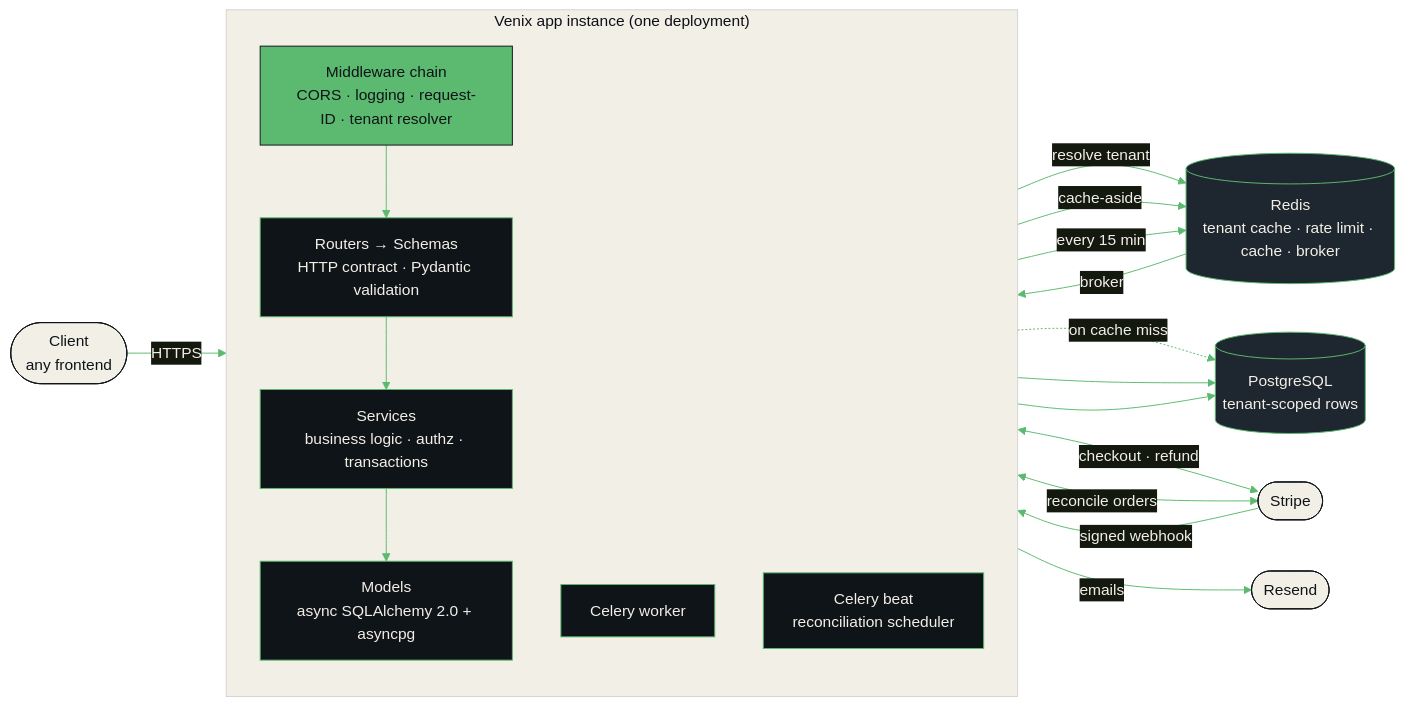
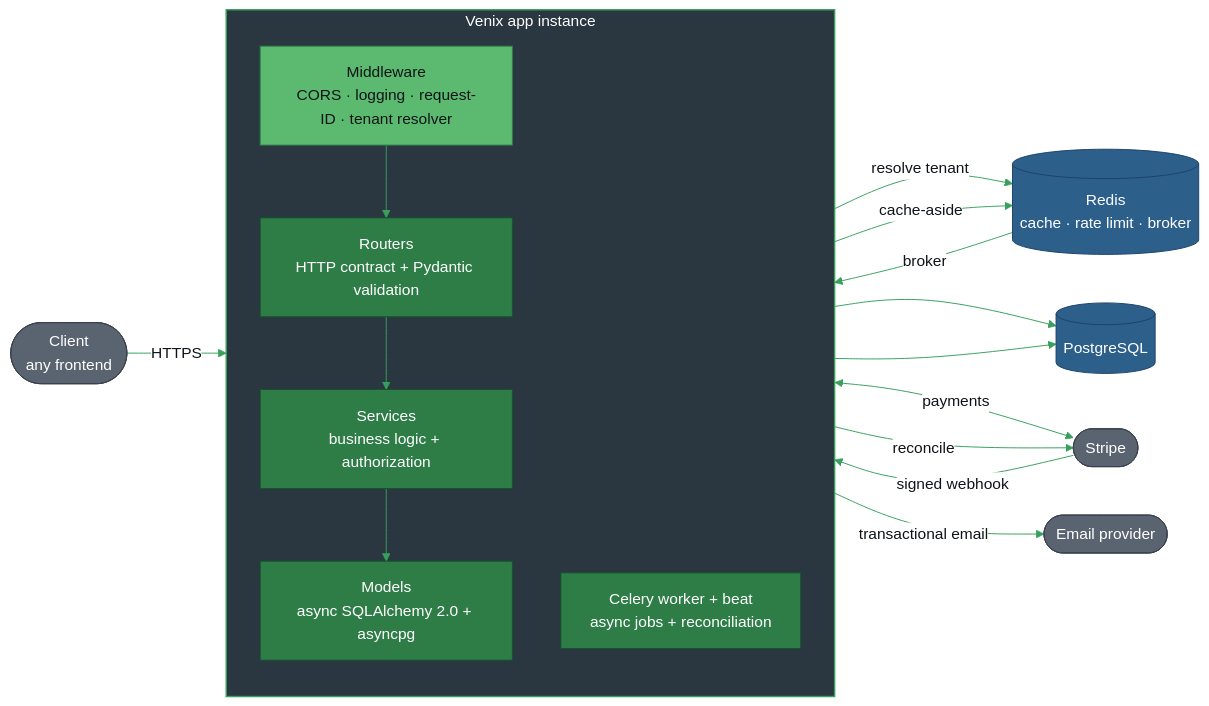
Before and after one commit to venixhq/venix: the third of 7 diagrams in README.md, drawn with Mermaid. The commit also changed other lines of this file, not shown here.

````diff
--- a/README.md
+++ b/README.md
@@ -150,38 +151,36 @@
 ```mermaid
-%%{init: {'theme':'base','themeVariables':{'primaryColor':'#0F1419','primaryTextColor':'#F2EFE6','primaryBorderColor':'#5BBA6F','lineColor':'#5BBA6F','tertiaryColor':'#F2EFE6','fontFamily':'ui-sans-serif, system-ui, sans-serif'}}}%%
+%%{init: {'theme':'base','themeVariables':{'primaryColor':'#5BBA6F','primaryTextColor':'#0F1419','primaryBorderColor':'#2E7D46','lineColor':'#37A05C','textColor':'#24292F','edgeLabelBackground':'#FFFFFF','fontFamily':'ui-sans-serif, system-ui, sans-serif'}}}%%
 flowchart LR
     Client(["Client<br/>any frontend"]):::ext
 
-    subgraph APP[" Venix app instance (one deployment) "]
+    subgraph APP[" Venix app instance "]
         direction TB
-        MW["Middleware chain<br/>CORS · logging · request-ID · tenant resolver"]:::accent
-        Router["Routers → Schemas<br/>HTTP contract · Pydantic validation"]:::core
-        Service["Services<br/>business logic · authz · transactions"]:::core
+        MW["Middleware<br/>CORS · logging · request-ID · tenant resolver"]:::accent
+        Router["Routers<br/>HTTP contract + Pydantic validation"]:::core
+        Service["Services<br/>business logic + authorization"]:::core
         Model["Models<br/>async SQLAlchemy 2.0 + asyncpg"]:::core
-        Worker["Celery worker"]:::core
-        Beat["Celery beat<br/>reconciliation scheduler"]:::core
+        Worker["Celery worker + beat<br/>async jobs + reconciliation"]:::core
     end
 
-    PG[("PostgreSQL<br/>tenant-scoped rows")]:::store
-    Redis[("Redis<br/>tenant cache · rate limit · cache · broker")]:::store
+    PG[("PostgreSQL")]:::store
+    Redis[("Redis<br/>cache · rate limit · broker")]:::store
     Stripe(["Stripe"]):::ext
-    Resend(["Resend"]):::ext
+    Email(["Email provider"]):::ext
 
     Client -->|HTTPS| MW
     MW -->|"resolve tenant"| Redis
-    MW -.->|"on cache miss"| PG
     MW --> Router --> Service --> Model --> PG
     Service -->|"cache-aside"| Redis
-    Service <-->|"checkout · refund"| Stripe
+    Service <-->|"payments"| Stripe
     Stripe -->|"signed webhook"| Router
-    Redis -->|broker| Worker
-    Beat -->|"every 15 min"| Redis
-    Worker <-->|"reconcile orders"| Stripe
-    Worker -->|"emails"| Resend
+    Redis -->|"broker"| Worker
+    Worker -->|"reconcile"| Stripe
+    Worker -->|"transactional email"| Email
     Worker --> PG
 
-    classDef core fill:#0F1419,stroke:#5BBA6F,color:#F2EFE6;
-    classDef accent fill:#5BBA6F,stroke:#0F1419,color:#0F1419;
-    classDef ext fill:#F2EFE6,stroke:#0F1419,color:#0F1419;
-    classDef store fill:#1E2630,stroke:#5BBA6F,color:#F2EFE6;
+    classDef accent fill:#5BBA6F,stroke:#2E7D46,color:#0F1419;
+    classDef core fill:#2E7D46,stroke:#15532F,color:#FFFFFF;
+    classDef store fill:#2C5F8A,stroke:#1C436A,color:#FFFFFF;
+    classDef ext fill:#5A6470,stroke:#3A424C,color:#FFFFFF;
+    style APP fill:#2A3640,stroke:#37A05C,color:#FFFFFF,stroke-width:1.5px;
 ```
````
